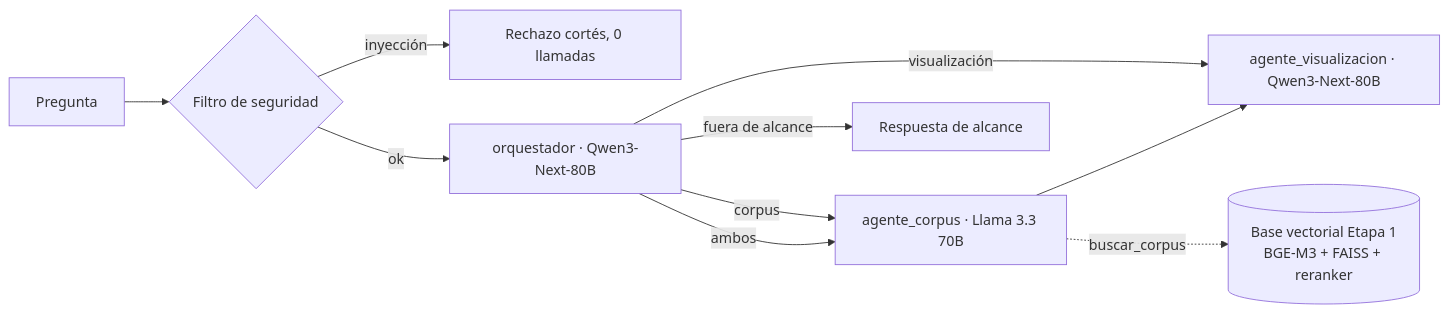
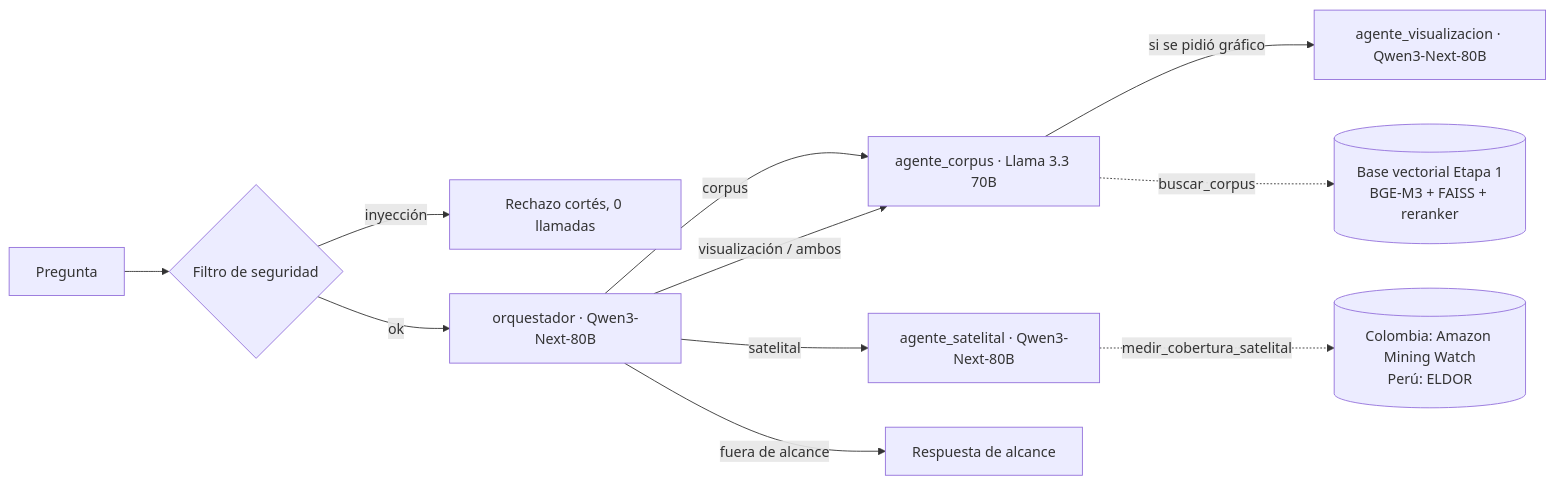
The diagram in agent/README.md (JuanMCanchala/codefest-adastra), drawn with Mermaid before and after one commit. The commit also changed other lines of this file and 9 other files, not shown here.

````diff
--- a/agent/README.md
+++ b/agent/README.md
@@ -15,11 +15,13 @@
 ```mermaid
 flowchart LR
     U[Pregunta] --> G{Filtro de seguridad}
     G -- inyección --> R[Rechazo cortés, 0 llamadas]
     G -- ok --> O[orquestador · Qwen3-Next-80B]
     O -- corpus --> C[agente_corpus · Llama 3.3 70B]
-    O -- visualización --> V[agente_visualizacion · Qwen3-Next-80B]
-    O -- ambos --> C --> V
+    O -- visualización / ambos --> C
+    C -- si se pidió gráfico --> V[agente_visualizacion · Qwen3-Next-80B]
+    O -- satelital --> S[agente_satelital · Qwen3-Next-80B]
     O -- fuera de alcance --> F[Respuesta de alcance]
     C -. buscar_corpus .-> B[(Base vectorial Etapa 1<br/>BGE-M3 + FAISS + reranker)]
+    S -. medir_cobertura_satelital .-> E[(Colombia: Amazon Mining Watch<br/>Perú: ELDOR)]
 ```
````
